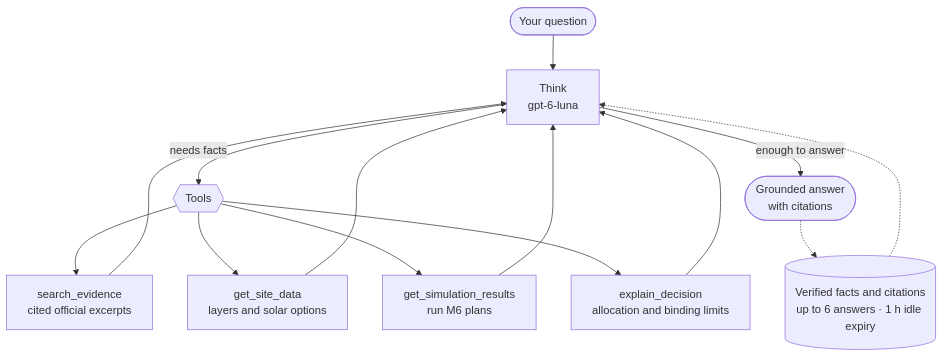
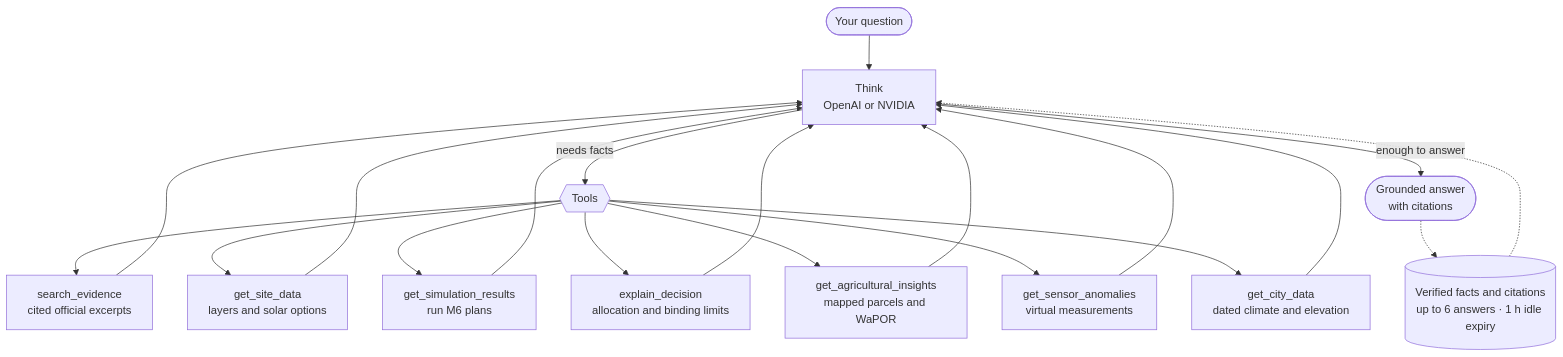
One commit to omarfh111/MIZUHO changed the third of 4 diagrams in README.md. Above: the diagram before and after it, drawn with Mermaid. The commit also changed other lines of this file and 5 other files, not shown here.

````diff
--- a/README.md
+++ b/README.md
@@ -121,18 +124,24 @@
 ```mermaid
 flowchart TD
   accTitle: M8 evidence assistant tool loop
   accDescr: LangGraph decides whether to call evidence or planning tools and returns grounded answers with verified citations.
-  q(["Your question"]) --> think["Think<br/>gpt-6-luna"]
+  q(["Your question"]) --> think["Think<br/>OpenAI or NVIDIA"]
   think -->|"needs facts"| tools{{"Tools"}}
   tools --> t1["search_evidence<br/>cited official excerpts"]
   tools --> t2["get_site_data<br/>layers and solar options"]
   tools --> t3["get_simulation_results<br/>run M6 plans"]
   tools --> t4["explain_decision<br/>allocation and binding limits"]
+  tools --> t5["get_agricultural_insights<br/>mapped parcels and WaPOR"]
+  tools --> t6["get_sensor_anomalies<br/>virtual measurements"]
+  tools --> t7["get_city_data<br/>dated climate and elevation"]
   t1 --> think
   t2 --> think
   t3 --> think
   t4 --> think
+  t5 --> think
+  t6 --> think
+  t7 --> think
   think -->|"enough to answer"| a(["Grounded answer<br/>with citations"])
   a -.-> mem[("Verified facts and citations<br/>up to 6 answers · 1 h idle expiry")]
   mem -.-> think
 ```
````
